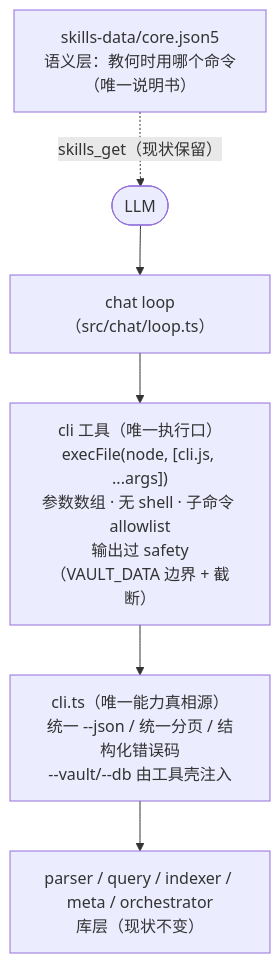
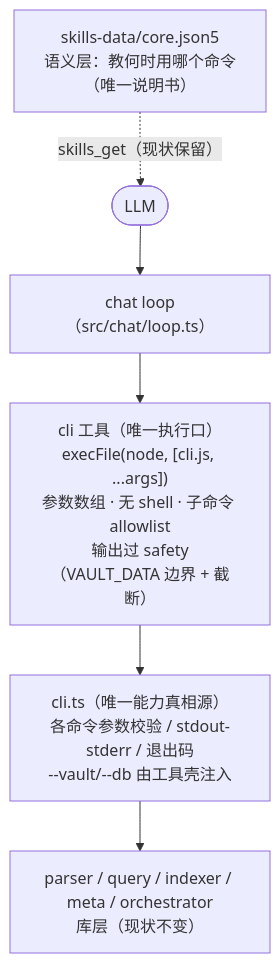
One commit to xnightsky/x-basalt changed the first of 2 diagrams in docs/design/chat-tool-surface.md. Above: the diagram before and after it, drawn with Mermaid. The commit also changed other lines of this file and 53 other files, not shown here.

````diff
--- a/docs/design/chat-tool-surface.md
+++ b/docs/design/chat-tool-surface.md
@@ -80,11 +32,11 @@
 ```mermaid
 flowchart TD
     llm([LLM]) --> loop["chat loop（src/chat/loop.ts）"]
 
     loop --> cliT["cli 工具（唯一执行口）<br/>execFile(node, [cli.js, ...args])<br/>参数数组 · 无 shell · 子命令 allowlist<br/>输出过 safety（VAULT_DATA 边界 + 截断）"]
 
-    cliT --> cli["cli.ts（唯一能力真相源）<br/>统一 --json / 统一分页 / 结构化错误码<br/>--vault/--db 由工具壳注入"]
+    cliT --> cli["cli.ts（唯一能力真相源）<br/>各命令参数校验 / stdout-stderr / 退出码<br/>--vault/--db 由工具壳注入"]
     cli --> libs["parser / query / indexer / meta / orchestrator<br/>库层（现状不变）"]
 
     skills["skills-data/core.json5<br/>语义层：教何时用哪个命令<br/>（唯一说明书）"] -.->|"skills_get（现状保留）"| llm
 ```
````
